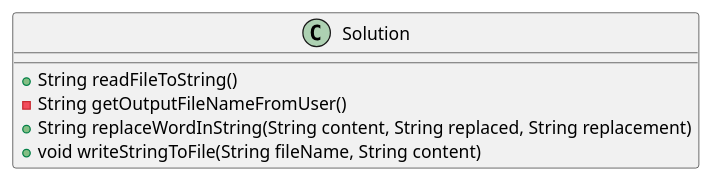
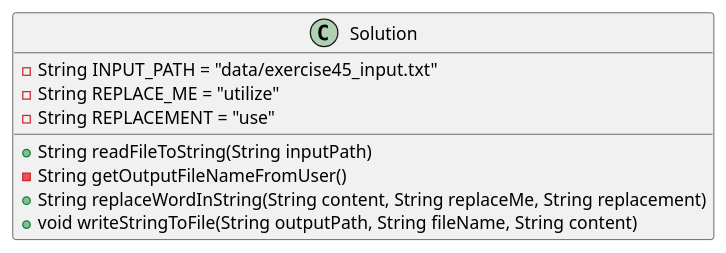
One commit to billyfurie/furie-a04 changed the diagram in exercise45/docs/diagram.puml. Above: the diagram before and after it, drawn with PlantUML. The commit also changed 12 other files, not shown here.

Commit message:
Finished solution to exercise45 and the diagram

```diff
--- a/exercise45/docs/diagram.puml
+++ b/exercise45/docs/diagram.puml
@@ -1,11 +1,16 @@
 @startuml
 'https://plantuml.com/class-diagram
 
 class Solution {
-    +String readFileToString()
+    ' constants
+    -String INPUT_PATH = "data/exercise45_input.txt"
+    -String REPLACE_ME = "utilize"
+    -String REPLACEMENT = "use"
+
+    +String readFileToString(String inputPath)
     -String getOutputFileNameFromUser()
-    +String replaceWordInString(String content, String replaced, String replacement)
-    +void writeStringToFile(String fileName, String content)
+    +String replaceWordInString(String content, String replaceMe, String replacement)
+    +void writeStringToFile(String outputPath, String fileName, String content)
 }
 
 @enduml
```
